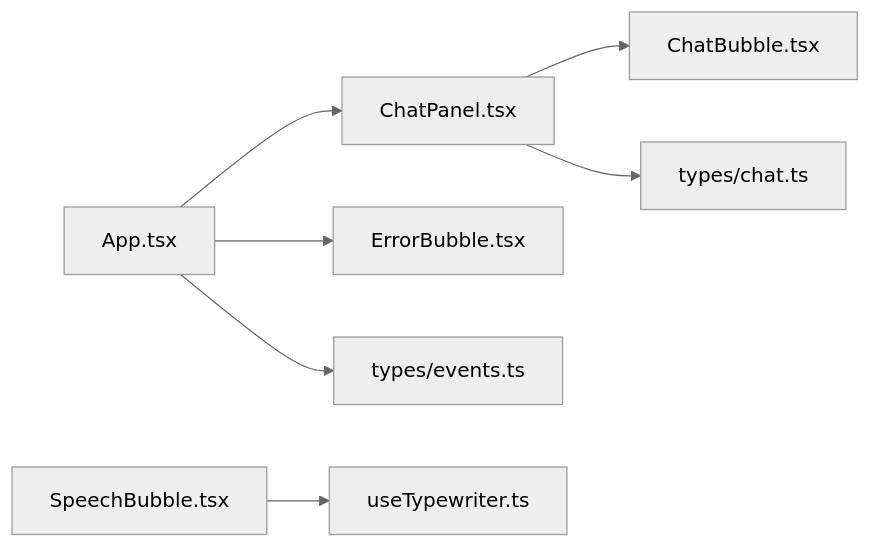
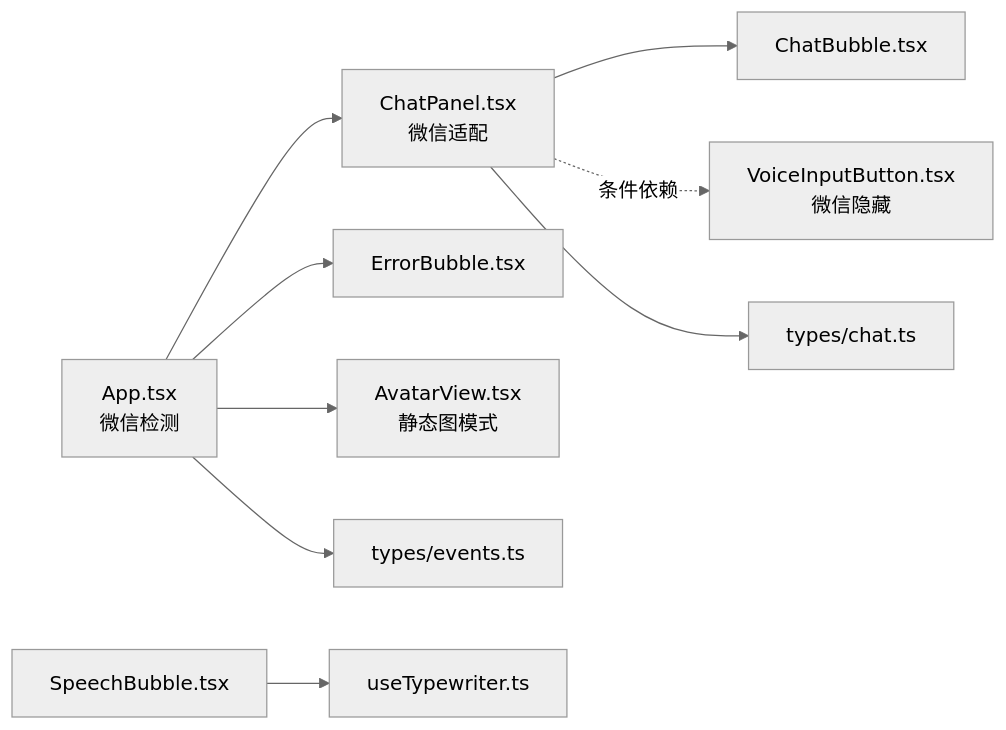
One commit to leo21cn/real-time-talk changed the tenth of 10 diagrams in .qoder/repowiki/zh/content/前端应用/聊天界面组件.md. Above: the diagram before and after it, drawn with Mermaid (neutral theme). The commit also changed other lines of this file and 36 other files, not shown here.

````diff
--- a/.qoder/repowiki/zh/content/前端应用/聊天界面组件.md
+++ b/.qoder/repowiki/zh/content/前端应用/聊天界面组件.md
@@ -299,9 +377,11 @@
 ```mermaid
 graph LR
-App["App.tsx"] --> ChatPanel["ChatPanel.tsx"]
+App["App.tsx<br/>微信检测"] --> ChatPanel["ChatPanel.tsx<br/>微信适配"]
 ChatPanel --> ChatBubble["ChatBubble.tsx"]
+ChatPanel -.条件依赖.-> VoiceInputButton["VoiceInputButton.tsx<br/>微信隐藏"]
 App --> ErrorBubble["ErrorBubble.tsx"]
+App --> AvatarView["AvatarView.tsx<br/>静态图模式"]
 SpeechBubble["SpeechBubble.tsx"] --> useTypewriter["useTypewriter.ts"]
 ChatPanel --> ChatMessage["types/chat.ts"]
 App --> Events["types/events.ts"]
 ```
````
